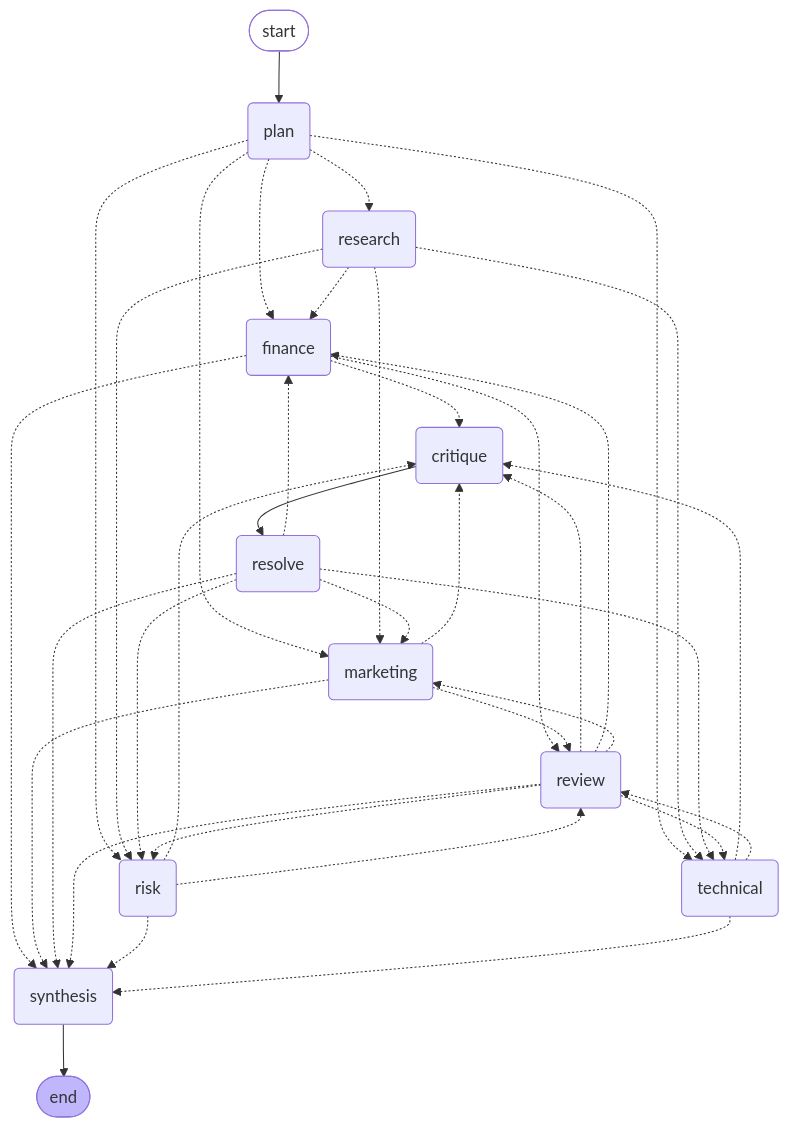
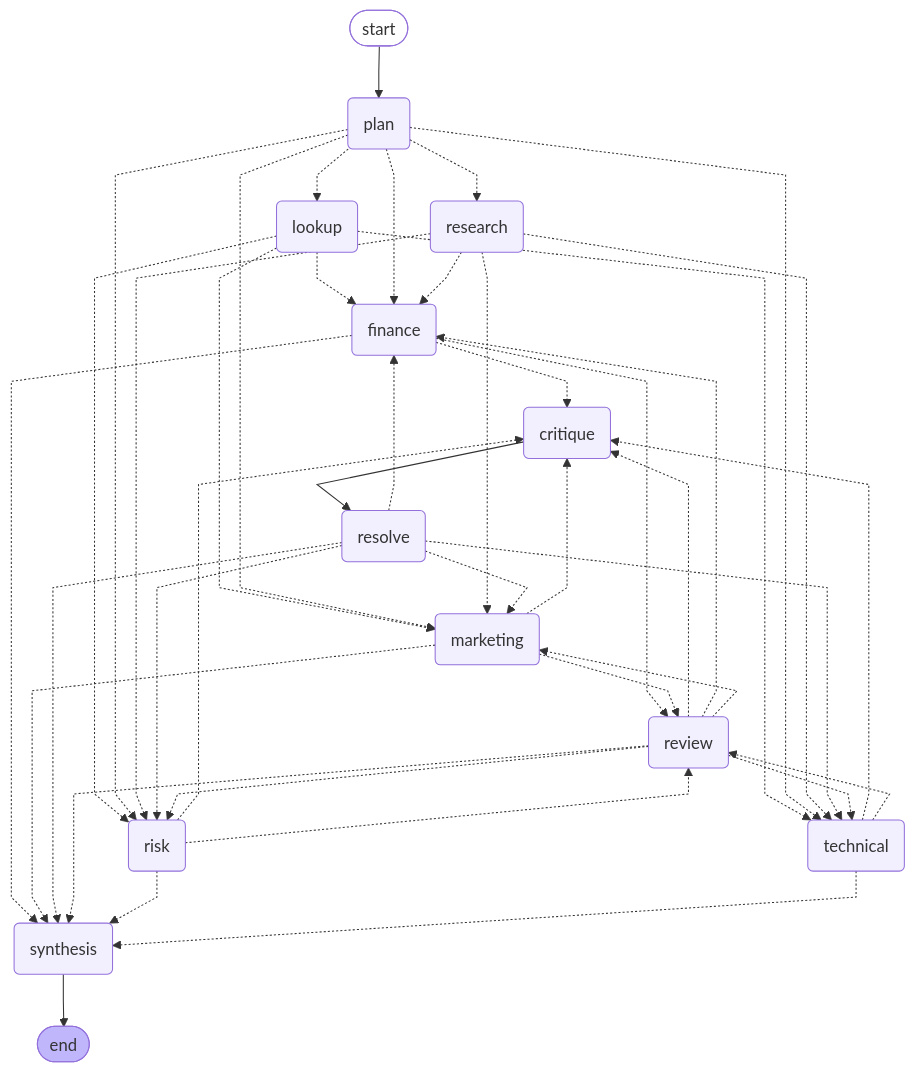
The second of 2 diagrams in docs/architecture.md (lakshmiGanesh009/ai-startup-cofounder), drawn with Mermaid before and after one commit. The commit also changed other lines of this file, not shown here.

Commit message:
Add a system architecture diagram and redraw the state machine with the look-ups

````diff
--- a/docs/architecture.md
+++ b/docs/architecture.md
@@ -13,52 +77,64 @@
 ```mermaid
+---
+config:
+  flowchart:
+    curve: linear
+---
 graph TD;
 	__start__([start]):::first
 	plan(plan)
 	research(research)
+	lookup(lookup)
 	review(review)
 	critique(critique)
 	resolve(resolve)
 	synthesis(synthesis)
 	marketing(marketing)
 	finance(finance)
 	technical(technical)
 	risk(risk)
 	__end__([end]):::last
 	__start__ --> plan;
 	critique --> resolve;
 	finance -.-> critique;
 	finance -.-> review;
 	finance -.-> synthesis;
+	lookup -.-> finance;
+	lookup -.-> marketing;
+	lookup -.-> risk;
+	lookup -.-> technical;
 	marketing -.-> critique;
 	marketing -.-> review;
 	marketing -.-> synthesis;
 	plan -.-> finance;
+	plan -.-> lookup;
 	plan -.-> marketing;
 	plan -.-> research;
 	plan -.-> risk;
 	plan -.-> technical;
 	research -.-> finance;
 	research -.-> marketing;
 	research -.-> risk;
 	research -.-> technical;
 	resolve -.-> finance;
 	resolve -.-> marketing;
 	resolve -.-> risk;
 	resolve -.-> synthesis;
 	resolve -.-> technical;
 	review -.-> critique;
 	review -.-> finance;
 	review -.-> marketing;
 	review -.-> risk;
 	review -.-> synthesis;
 	review -.-> technical;
 	risk -.-> critique;
 	risk -.-> review;
 	risk -.-> synthesis;
 	technical -.-> critique;
 	technical -.-> review;
 	technical -.-> synthesis;
 	synthesis --> __end__;
+	classDef default fill:#f2f0ff,line-height:1.2
 	classDef first fill-opacity:0
 	classDef last fill:#bfb6fc
 ```
````
